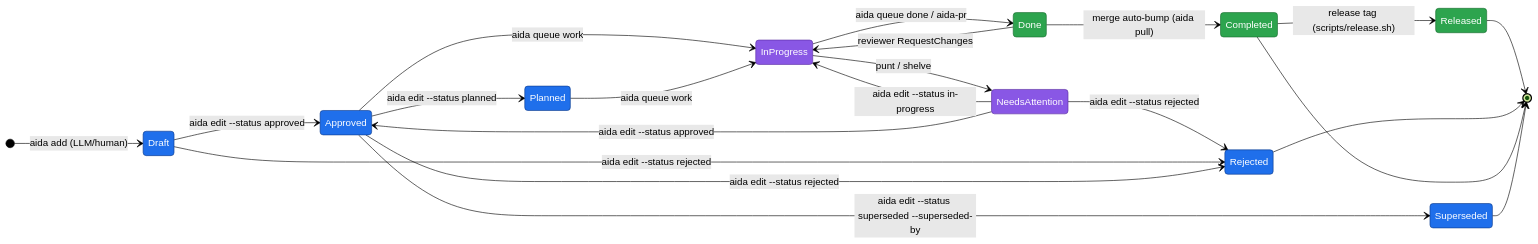
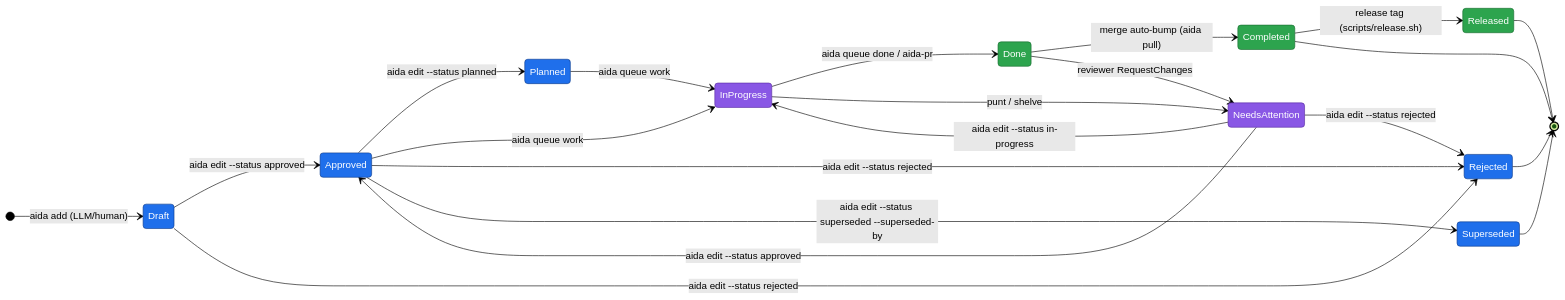
One commit to joemooney/aida changed the first of 6 diagrams in docs/lifecycle.md. Above: the diagram before and after it, drawn with Mermaid (forest theme). The commit also changed other lines of this file and 4 other files, not shown here.

````diff
--- a/docs/lifecycle.md
+++ b/docs/lifecycle.md
@@ -247,36 +247,36 @@
 ```mermaid
 stateDiagram-v2
     direction LR
     [*] --> Draft: aida add (LLM/human)
 
     Draft --> Approved: aida edit --status approved
     Approved --> Planned: aida edit --status planned
     Approved --> InProgress: aida queue work
     Planned --> InProgress: aida queue work
     InProgress --> Done: aida queue done / aida-pr
     Done --> Completed: merge auto-bump (aida pull)
     Completed --> Released: release tag (scripts/release.sh)
 
     InProgress --> NeedsAttention: punt / shelve
     NeedsAttention --> InProgress: aida edit --status in-progress
     NeedsAttention --> Approved: aida edit --status approved
     NeedsAttention --> Rejected: aida edit --status rejected
 
     Draft --> Rejected: aida edit --status rejected
     Approved --> Rejected: aida edit --status rejected
-    Done --> InProgress: reviewer RequestChanges
+    Done --> NeedsAttention: reviewer RequestChanges
     Approved --> Superseded: aida edit --status superseded --superseded-by
 
     Released --> [*]
     Rejected --> [*]
     Completed --> [*]
     Superseded --> [*]
 
     classDef cli fill:#1f6feb,stroke:#0d3b8a,color:#fff
     classDef llm fill:#8957e5,stroke:#5a2ca0,color:#fff
     classDef git fill:#2da44e,stroke:#176b2e,color:#fff
 
     class Draft,Approved,Planned,Rejected,Superseded cli
     class InProgress,NeedsAttention llm
     class Done,Completed,Released git
 ```
````
